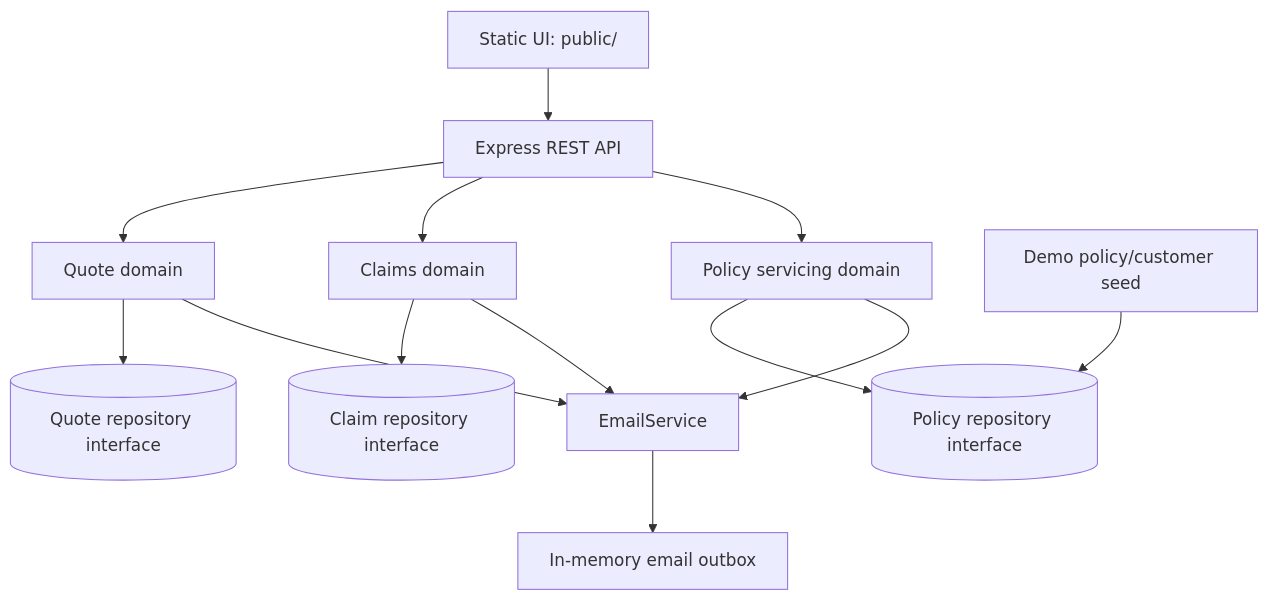
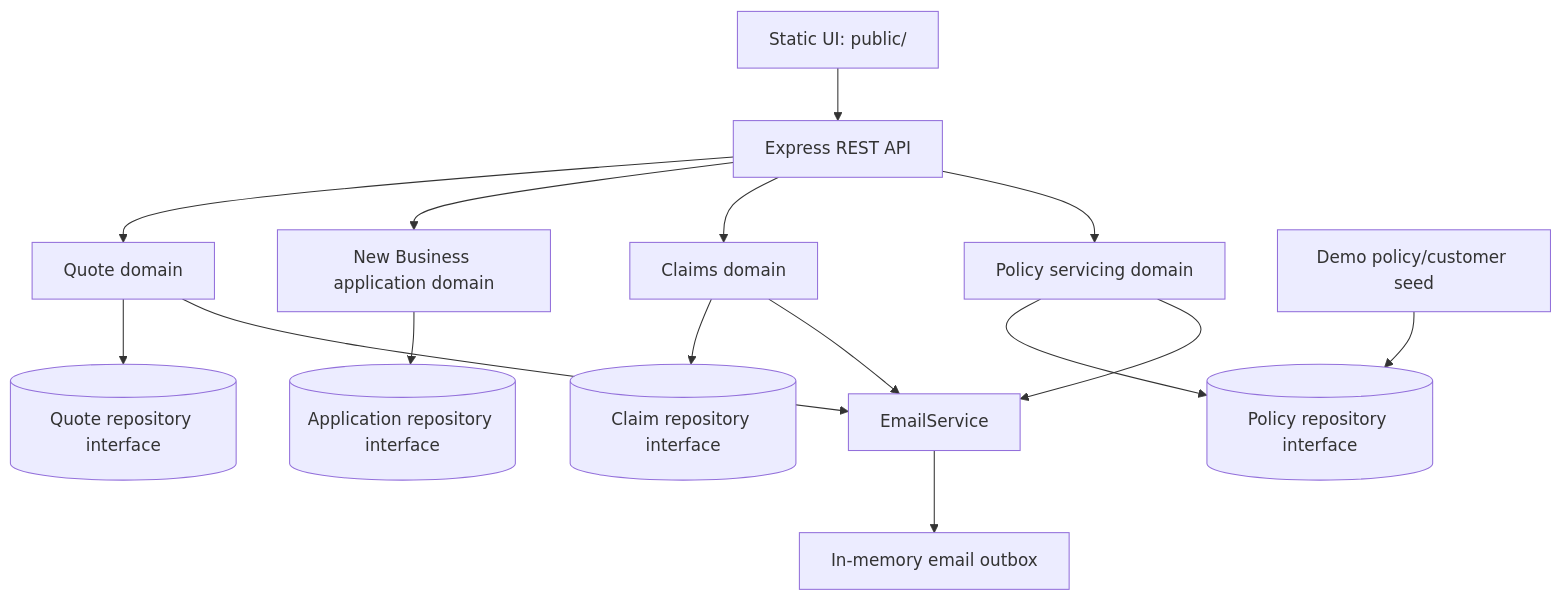
Before and after one commit to bparimanik5/alps-life-platform: the diagram in docs/architecture.md, drawn with Mermaid. The commit also changed 5 other files, not shown here.

Commit message:
Add New Business application lifecycle

````diff
--- a/docs/architecture.md
+++ b/docs/architecture.md
@@ -5,15 +5,17 @@
 ```mermaid
 flowchart TD
   Browser[Static UI: public/] --> API[Express REST API]
   API --> Quote[Quote domain]
+  API --> NewBusiness[New Business application domain]
   API --> Claims[Claims domain]
   API --> Policy[Policy servicing domain]
   Quote --> QuoteRepo[(Quote repository interface)]
+  NewBusiness --> ApplicationRepo[(Application repository interface)]
   Claims --> ClaimRepo[(Claim repository interface)]
   Policy --> PolicyRepo[(Policy repository interface)]
   Claims --> Email[EmailService]
   Quote --> Email
   Policy --> Email
   Email --> Outbox[In-memory email outbox]
   Seed[Demo policy/customer seed] --> PolicyRepo
 ```
````
